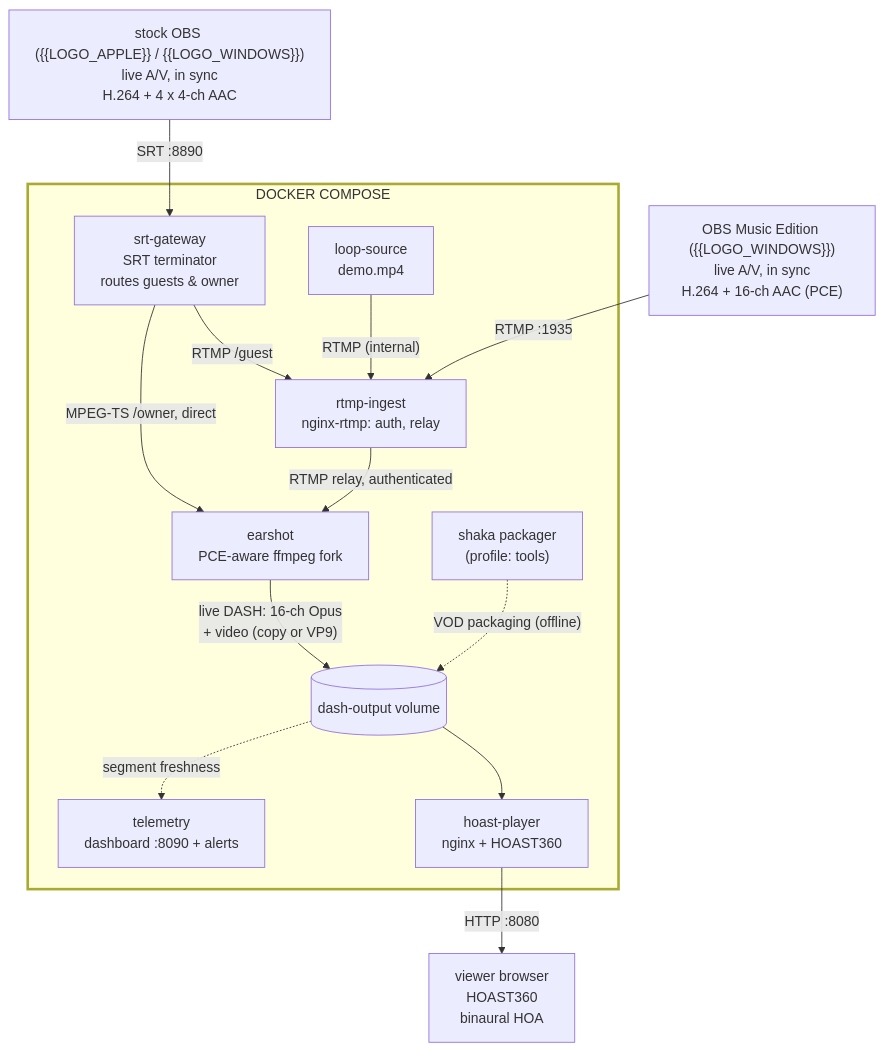
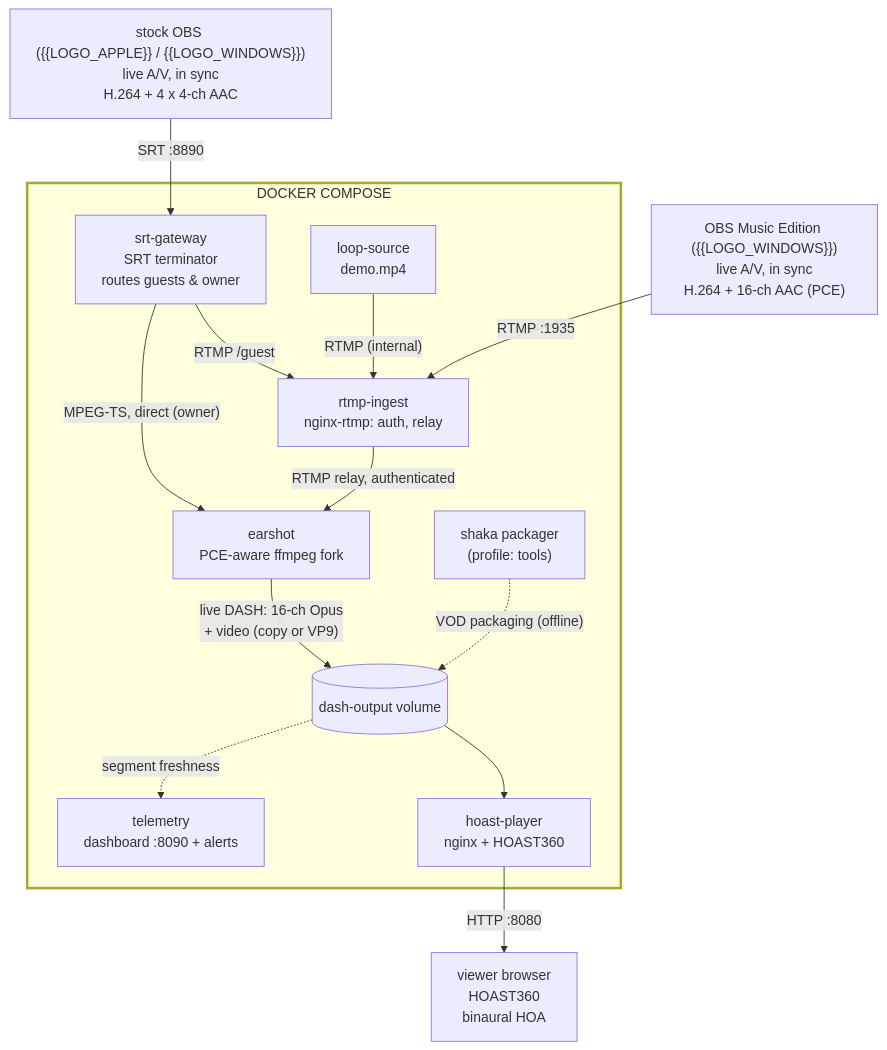
One commit to mormegil6/ambisonic-box changed the diagram in docs/architecture/architecture.mmd. Above: the diagram before and after it, drawn with Mermaid. The commit also changed 3 other files, not shown here.

First line of the commit message:
Diagram: straight relay line, and honest edge labels

```diff
--- a/docs/architecture/architecture.mmd
+++ b/docs/architecture/architecture.mmd
@@ -1,34 +1,34 @@
 %% Architecture / data-flow diagram for the HOA 360 stream stack.
 %% This is the SOURCE only: dagre's raw layout is rearranged by postprocess.py,
 %% so do not embed a plain `mmdc` render of this. Run ./build.sh to regenerate
 %% architecture.svg / architecture.png. The subgraph deliberately has no
 %% `direction` (a nested one would give the SVG two coordinate systems).
 flowchart TD
     SRTOBS["stock OBS ({{LOGO_APPLE}}&nbsp;/&nbsp;{{LOGO_WINDOWS}})<br/>live A/V, in sync<br/>H.264 + 4 x 4-ch AAC"]
     OBS["OBS Music Edition ({{LOGO_WINDOWS}})<br/>live A/V, in sync<br/>H.264 + 16-ch AAC (PCE)"]
 
     subgraph COMPOSE["DOCKER COMPOSE"]
         GATEWAY["srt-gateway<br/>SRT terminator<br/>routes guests & owner"]
         INGEST["rtmp-ingest<br/>nginx-rtmp: auth, relay"]
         LOOP["loop-source<br/>demo.mp4"]
         EARSHOT["earshot<br/>PCE-aware ffmpeg fork"]
         VOL[("dash-output volume")]
         SHAKA["shaka packager<br/>(profile: tools)"]
         PLAYER["hoast-player<br/>nginx + HOAST360"]
         TELEM["telemetry<br/>dashboard :8090 + alerts"]
     end
 
     VIEWER["viewer browser<br/>HOAST360<br/>binaural HOA"]
 
     SRTOBS -- "SRT :8890" --> GATEWAY
     GATEWAY -- "RTMP /guest" --> INGEST
-    GATEWAY -- "MPEG-TS /owner, direct" --> EARSHOT
+    GATEWAY -- "MPEG-TS, direct (owner)" --> EARSHOT
     OBS -- "RTMP :1935" --> INGEST
     LOOP -- "RTMP (internal)" --> INGEST
     INGEST -- "RTMP relay, authenticated" --> EARSHOT
     EARSHOT -- "live DASH: 16-ch Opus<br/>+ video (copy or VP9)" --> VOL
     SHAKA -. "VOD packaging (offline)" .-> VOL
     VOL --> PLAYER
     PLAYER -- "HTTP :8080" --> VIEWER
     VOL -. "segment freshness" .-> TELEM
     style COMPOSE stroke-width:3px
```
